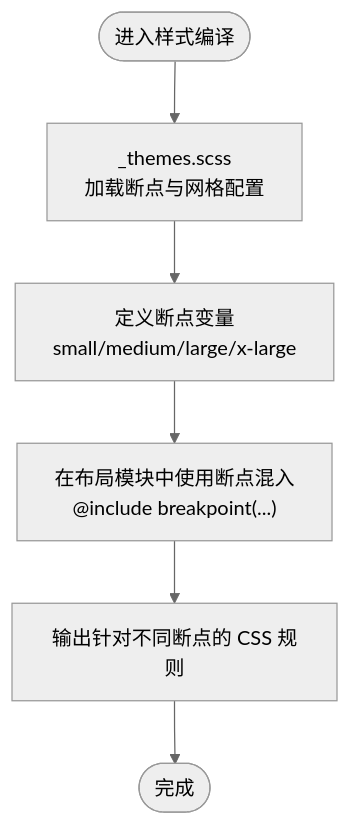
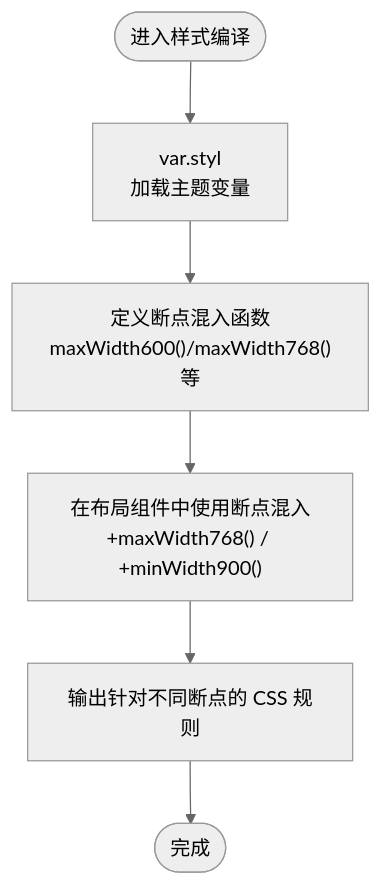
One commit to CoolPig0720/CoolPig0720.github.io changed the third of 5 diagrams in .qoder/repowiki/zh/content/主题和样式系统/响应式设计实现.md. Above: the diagram before and after it, drawn with Mermaid (neutral theme). The commit also changed other lines of this file and 36 other files, not shown here.

````diff
--- a/.qoder/repowiki/zh/content/主题和样式系统/响应式设计实现.md
+++ b/.qoder/repowiki/zh/content/主题和样式系统/响应式设计实现.md
@@ -119,8 +116,8 @@
 ```mermaid
 flowchart TD
-Start(["进入样式编译"]) --> LoadThemes["_themes.scss<br/>加载断点与网格配置"]
-LoadThemes --> DefineBP["定义断点变量<br/>small/medium/large/x-large"]
-DefineBP --> UseBP["在布局模块中使用断点混入<br/>@include breakpoint(...)"]
+Start(["进入样式编译"]) --> LoadVar["var.styl<br/>加载主题变量"]
+LoadVar --> DefineBP["定义断点混入函数<br/>maxWidth600()/maxWidth768()等"]
+DefineBP --> UseBP["在布局组件中使用断点混入<br/>+maxWidth768() / +minWidth900()"]
 UseBP --> EmitCSS["输出针对不同断点的 CSS 规则"]
 EmitCSS --> End(["完成"])
 ```
````
